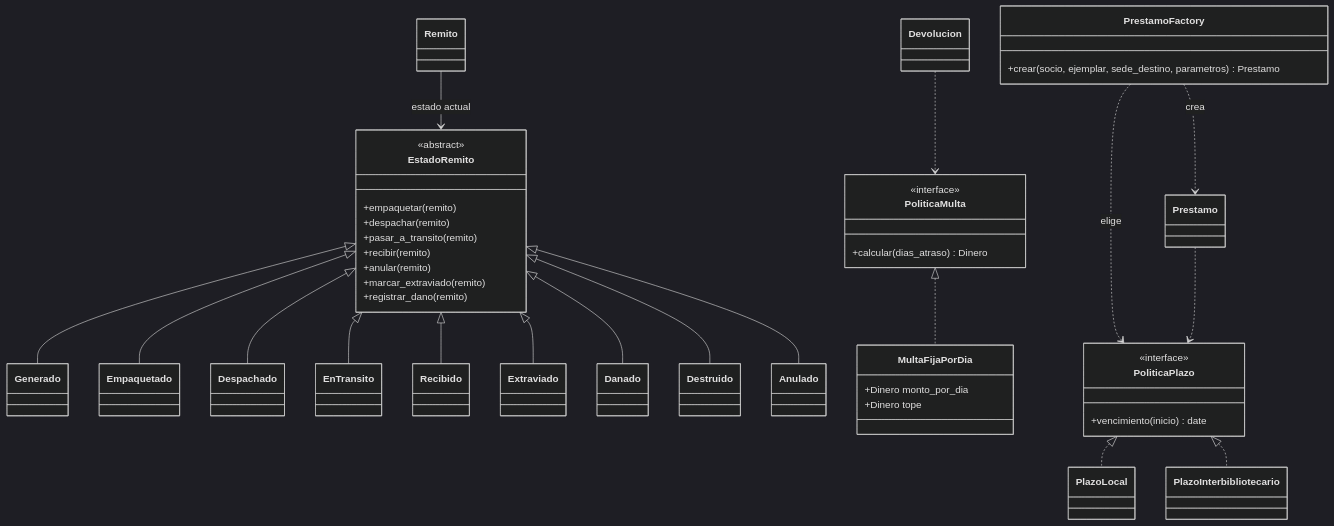
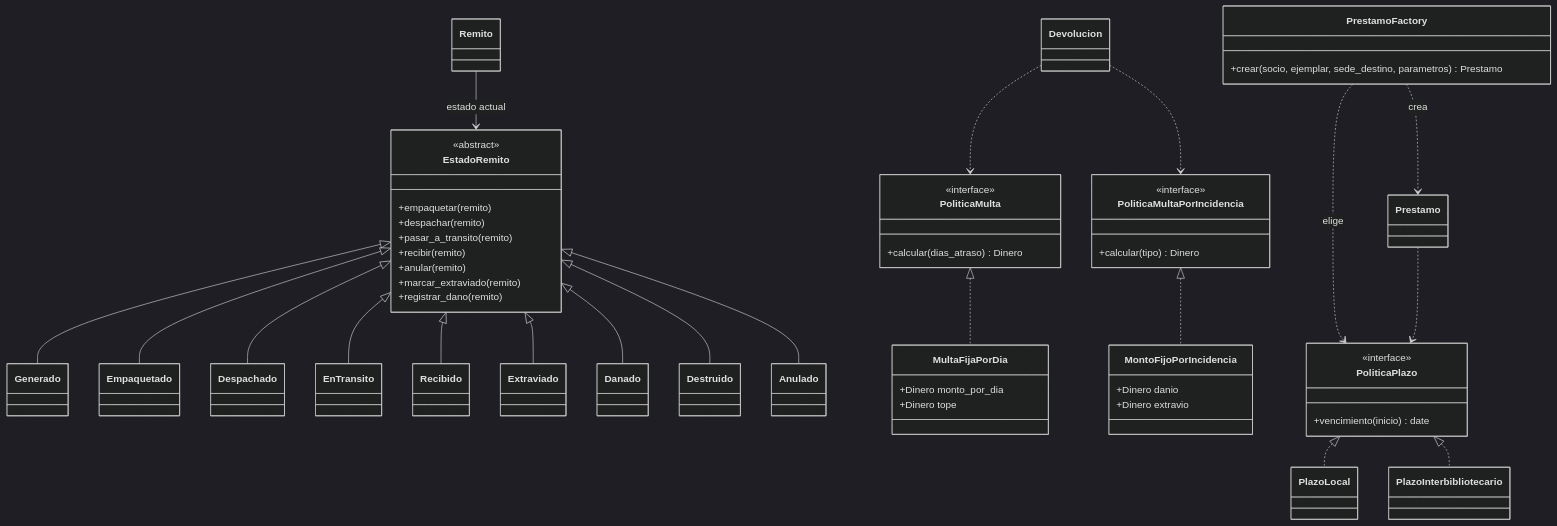
Before and after one commit to Maximiliano018/TPI-DAO: the second of 3 diagrams in docs/tecnica/02-modelo-de-clases.md, drawn with Mermaid (dark theme). The commit also changed 40 other files, not shown here.

````diff
--- a/docs/tecnica/02-modelo-de-clases.md
+++ b/docs/tecnica/02-modelo-de-clases.md
@@ -250,59 +250,70 @@
 ```mermaid
 classDiagram
     class EstadoRemito {
         <<abstract>>
         +empaquetar(remito)
         +despachar(remito)
         +pasar_a_transito(remito)
         +recibir(remito)
         +anular(remito)
         +marcar_extraviado(remito)
         +registrar_dano(remito)
     }
     class Generado
     class Empaquetado
     class Despachado
     class EnTransito
     class Recibido
     class Extraviado
     class Danado
     class Destruido
     class Anulado
     EstadoRemito <|-- Generado
     EstadoRemito <|-- Empaquetado
     EstadoRemito <|-- Despachado
     EstadoRemito <|-- EnTransito
     EstadoRemito <|-- Recibido
     EstadoRemito <|-- Extraviado
     EstadoRemito <|-- Danado
     EstadoRemito <|-- Destruido
     EstadoRemito <|-- Anulado
     Remito --> EstadoRemito : estado actual
 
     class PoliticaMulta {
         <<interface>>
         +calcular(dias_atraso) Dinero
     }
     class MultaFijaPorDia {
         +Dinero monto_por_dia
         +Dinero tope
     }
     PoliticaMulta <|.. MultaFijaPorDia
 
+    class PoliticaMultaPorIncidencia {
+        <<interface>>
+        +calcular(tipo) Dinero
+    }
+    class MontoFijoPorIncidencia {
+        +Dinero danio
+        +Dinero extravio
+    }
+    PoliticaMultaPorIncidencia <|.. MontoFijoPorIncidencia
+
     class PoliticaPlazo {
         <<interface>>
         +vencimiento(inicio) date
     }
     class PlazoLocal
     class PlazoInterbibliotecario
     PoliticaPlazo <|.. PlazoLocal
     PoliticaPlazo <|.. PlazoInterbibliotecario
 
     class PrestamoFactory {
         +crear(socio, ejemplar, sede_destino, parametros) Prestamo
     }
     PrestamoFactory ..> Prestamo : crea
     PrestamoFactory ..> PoliticaPlazo : elige
     Prestamo ..> PoliticaPlazo
     Devolucion ..> PoliticaMulta
+    Devolucion ..> PoliticaMultaPorIncidencia
 ```
````
